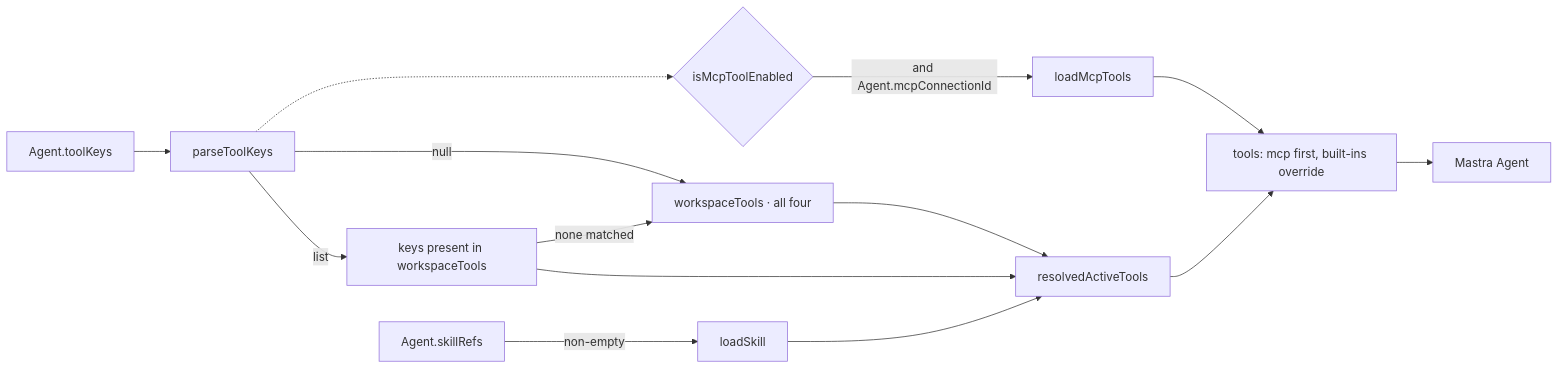
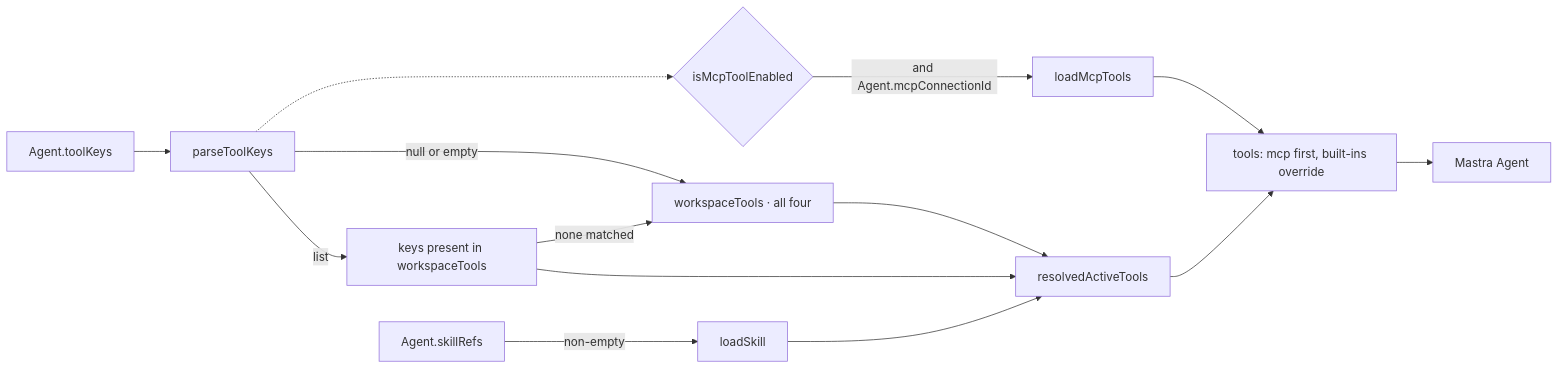
One commit to yorch/auto-swe changed the second of 2 diagrams in wiki/4.3-agent-layer.md. Above: the diagram before and after it, drawn with Mermaid. The commit also changed other lines of this file and 15 other files, not shown here.

````diff
--- a/wiki/4.3-agent-layer.md
+++ b/wiki/4.3-agent-layer.md
@@ -96,16 +120,16 @@
 ```mermaid
 flowchart LR
     toolKeys["Agent.toolKeys"] --> parse["parseToolKeys"]
-    parse -->|null| allTools["workspaceTools · all four"]
+    parse -->|null or empty| allTools["workspaceTools · all four"]
     parse -->|list| picked["keys present in workspaceTools"]
     picked -->|none matched| allTools
     allTools --> resolved["resolvedActiveTools"]
     picked --> resolved
     skillRefs["Agent.skillRefs"] -->|non-empty| loadSkill["loadSkill"]
     loadSkill --> resolved
     parse -.-> mcpGate{"isMcpToolEnabled"}
     mcpGate -->|"and Agent.mcpConnectionId"| loadMcpTools["loadMcpTools"]
     loadMcpTools --> merged["tools: mcp first, built-ins override"]
     resolved --> merged
     merged --> agent["Mastra Agent"]
 ```
````
